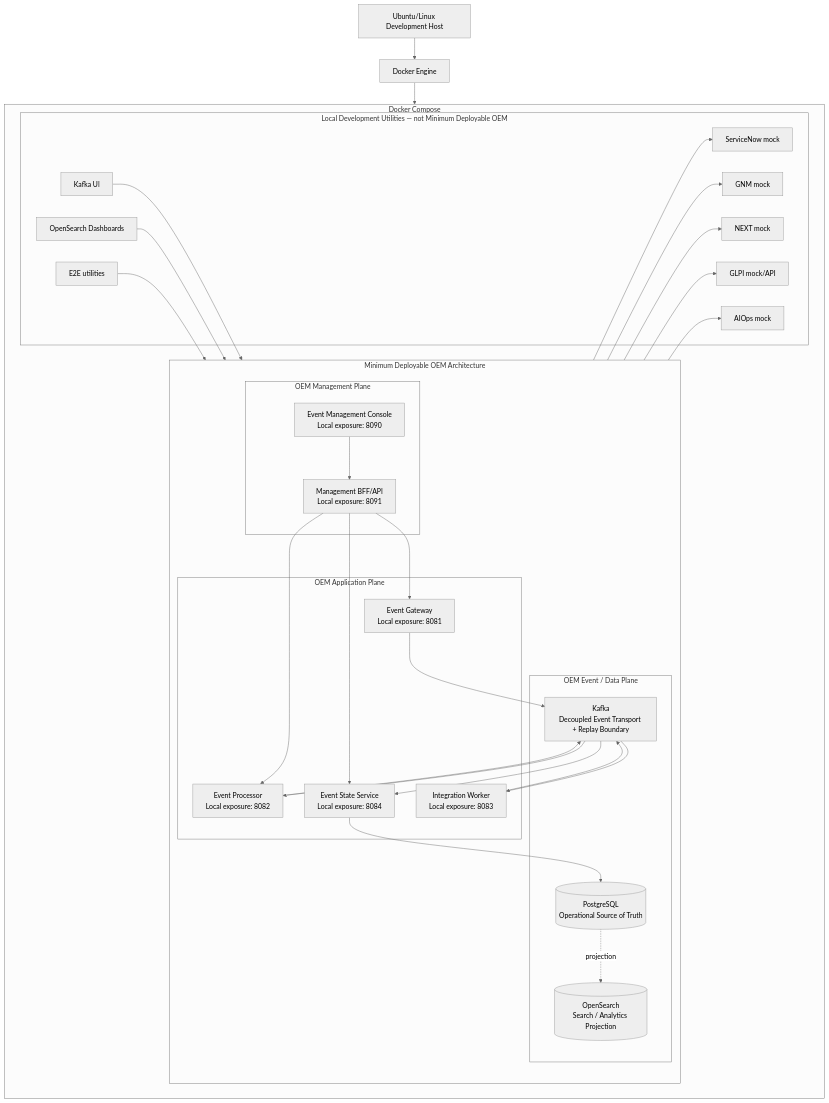
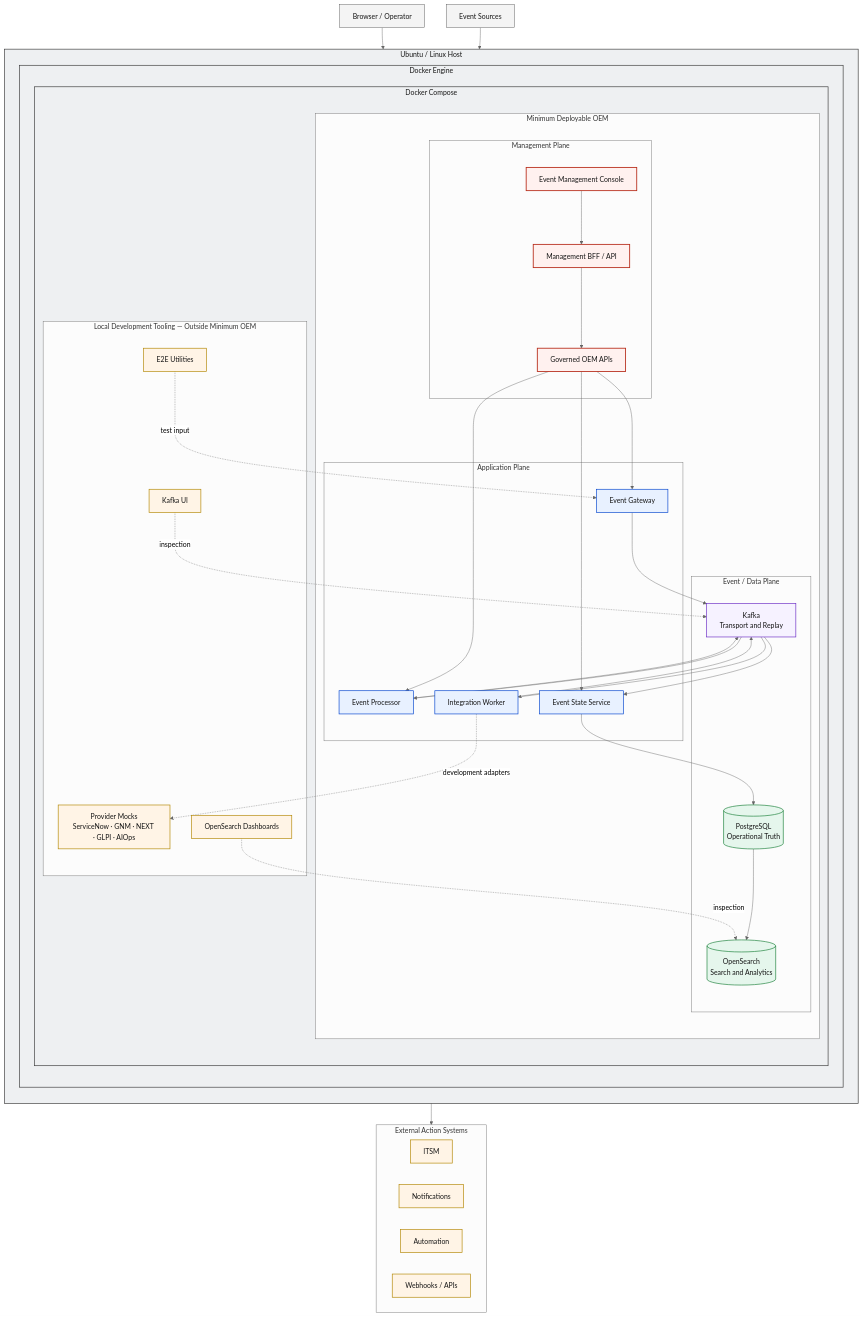
One commit to eventmgmtplatform/docs changed the second of 2 diagrams in docs/architecture/d1-local-current.md. Above: the diagram before and after it, drawn with Mermaid (neutral theme). The commit also changed other lines of this file and 2 other files, not shown here.

Commit message:
docs(architecture): redesign D1 local deployment architecture

````diff
--- a/docs/architecture/d1-local-current.md
+++ b/docs/architecture/d1-local-current.md
@@ -18,63 +83,87 @@
 ```mermaid
 flowchart TB
-  HOST[Ubuntu/Linux Development Host]
-  ENGINE[Docker Engine]
-  HOST --> ENGINE
+  OPERATOR[Browser / Operator]
+  SOURCES[Event Sources]
 
-  subgraph COMPOSE[Docker Compose]
-  subgraph OEM[Minimum Deployable OEM Architecture]
+  subgraph HOST[Ubuntu / Linux Host]
     direction TB
-    subgraph MGMT[OEM Management Plane]
-      CONSOLE[Event Management Console\nLocal exposure: 8090]
-      BFF[Management BFF/API\nLocal exposure: 8091]
-      CONSOLE --> BFF
-    end
+    subgraph ENGINE[Docker Engine]
+      direction TB
+      subgraph COMPOSE[Docker Compose]
+        direction TB
 
-    subgraph APP[OEM Application Plane]
-      GW[Event Gateway\nLocal exposure: 8081]
-      EP[Event Processor\nLocal exposure: 8082]
-      IW[Integration Worker\nLocal exposure: 8083]
-      ESS[Event State Service\nLocal exposure: 8084]
-    end
+        subgraph OEM[Minimum Deployable OEM]
+          direction TB
+          subgraph MANAGEMENT[Management Plane]
+            CONSOLE[Event Management Console]
+            BFF[Management BFF / API]
+            APIS[Governed OEM APIs]
+            CONSOLE --> BFF --> APIS
+          end
 
-    subgraph DATA[OEM Event / Data Plane]
-      K[Kafka\nDecoupled Event Transport + Replay Boundary]
-      PG[(PostgreSQL\nOperational Source of Truth)]
-      OS[(OpenSearch\nSearch / Analytics Projection)]
+          subgraph APPLICATION[Application Plane]
+            GATEWAY[Event Gateway]
+            PROCESSOR[Event Processor]
+            WORKER[Integration Worker]
+            ESS[Event State Service]
+          end
+
+          subgraph EVENTDATA[Event / Data Plane]
+            KAFKA[Kafka<br/>Transport and Replay]
+            POSTGRES[(PostgreSQL<br/>Operational Truth)]
+            OPENSEARCH[(OpenSearch<br/>Search and Analytics)]
+          end
+        end
+
+        subgraph TOOLING[Local Development Tooling — Outside Minimum OEM]
+          MOCKS[Provider Mocks<br/>ServiceNow · GNM · NEXT · GLPI · AIOps]
+          KAFKAUI[Kafka UI]
+          OSDASH[OpenSearch Dashboards]
+          E2E[E2E Utilities]
+        end
+      end
     end
   end
 
-  subgraph TOOLS[Local Development Utilities — not Minimum Deployable OEM]
-    SN[ServiceNow mock]
-    GNM[GNM mock]
-    NEXT[NEXT mock]
-    GLPI[GLPI mock/API]
-    AIOPS[AIOps mock]
-    KUI[Kafka UI]
-    OSD[OpenSearch Dashboards]
-    E2E[E2E utilities]
+  subgraph ACTIONS[External Action Systems]
+    ITSM[ITSM]
+    NOTIFY[Notifications]
+    AUTOMATION[Automation]
+    WEBHOOKS[Webhooks / APIs]
   end
 
-  BFF --> GW
-  BFF --> EP
-  BFF --> ESS
-  GW --> K
-  K --> EP
-  EP --> K
-  K --> IW
-  IW --> K
-  K --> ESS
-  ESS --> PG
-  PG -. projection .-> OS
-  IW --> SN
-  IW --> GNM
-  IW --> NEXT
-  IW --> GLPI
-  IW --> AIOPS
-  KUI --> K
-  OSD --> OS
-  E2E --> GW
-  end
+  OPERATOR --> CONSOLE
+  SOURCES --> GATEWAY
+  APIS --> GATEWAY
+  APIS --> PROCESSOR
+  APIS --> ESS
+  GATEWAY --> KAFKA
+  KAFKA --> PROCESSOR
+  PROCESSOR --> KAFKA
+  KAFKA --> WORKER
+  WORKER --> ACTIONS
+  WORKER --> KAFKA
+  KAFKA --> ESS
+  ESS --> POSTGRES --> OPENSEARCH
 
-  ENGINE --> COMPOSE
+  WORKER -.->|development adapters| MOCKS
+  KAFKAUI -.->|inspection| KAFKA
+  OSDASH -.->|inspection| OPENSEARCH
+  E2E -.->|test input| GATEWAY
+
+  classDef external fill:#f4f4f4,stroke:#525252,color:#161616,stroke-width:1px;
+  classDef management fill:#fff1ef,stroke:#b72c1a,color:#161616,stroke-width:2px;
+  classDef application fill:#e8f1ff,stroke:#0043ce,color:#161616,stroke-width:1.5px;
+  classDef messaging fill:#f6f2ff,stroke:#6929c4,color:#161616,stroke-width:1.5px;
+  classDef data fill:#e5f6ec,stroke:#198038,color:#161616,stroke-width:1.5px;
+  classDef integration fill:#fff4e6,stroke:#b28600,color:#161616,stroke-width:1.5px;
+  classDef infrastructure fill:#eef0f2,stroke:#393939,color:#161616,stroke-width:1.5px;
+
+  class OPERATOR,SOURCES external;
+  class CONSOLE,BFF,APIS management;
+  class GATEWAY,PROCESSOR,WORKER,ESS application;
+  class KAFKA messaging;
+  class POSTGRES,OPENSEARCH data;
+  class MOCKS,KAFKAUI,OSDASH,E2E,ITSM,NOTIFY,AUTOMATION,WEBHOOKS integration;
+  class HOST,ENGINE,COMPOSE infrastructure;
 ```
````
